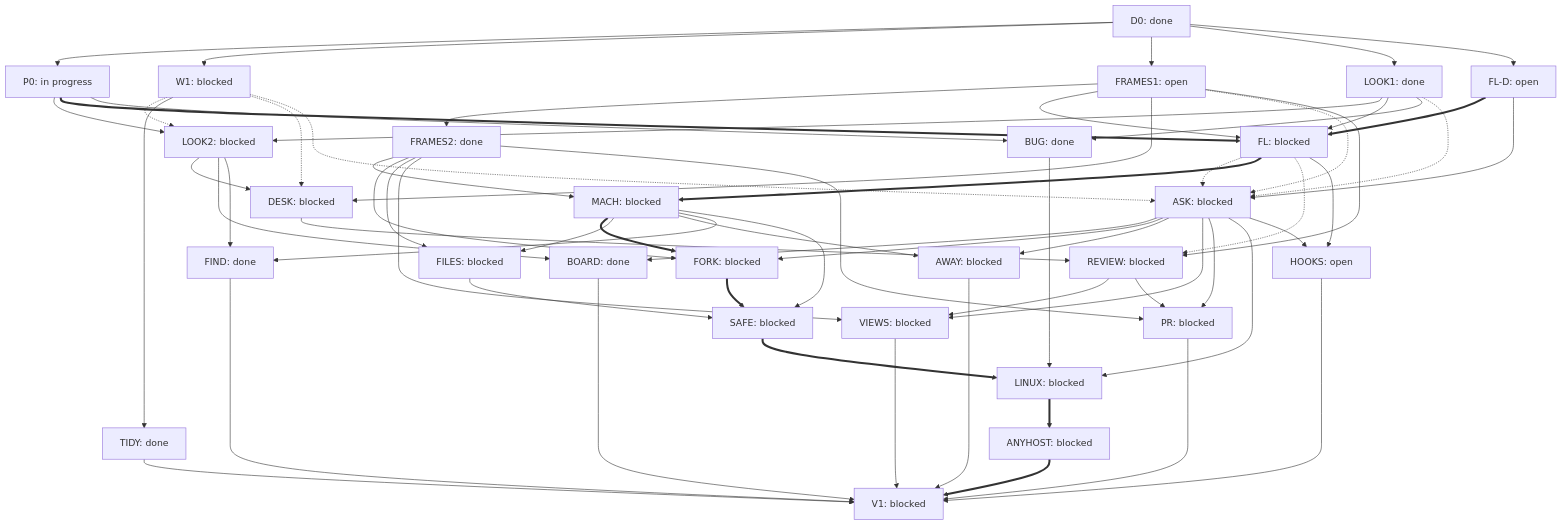
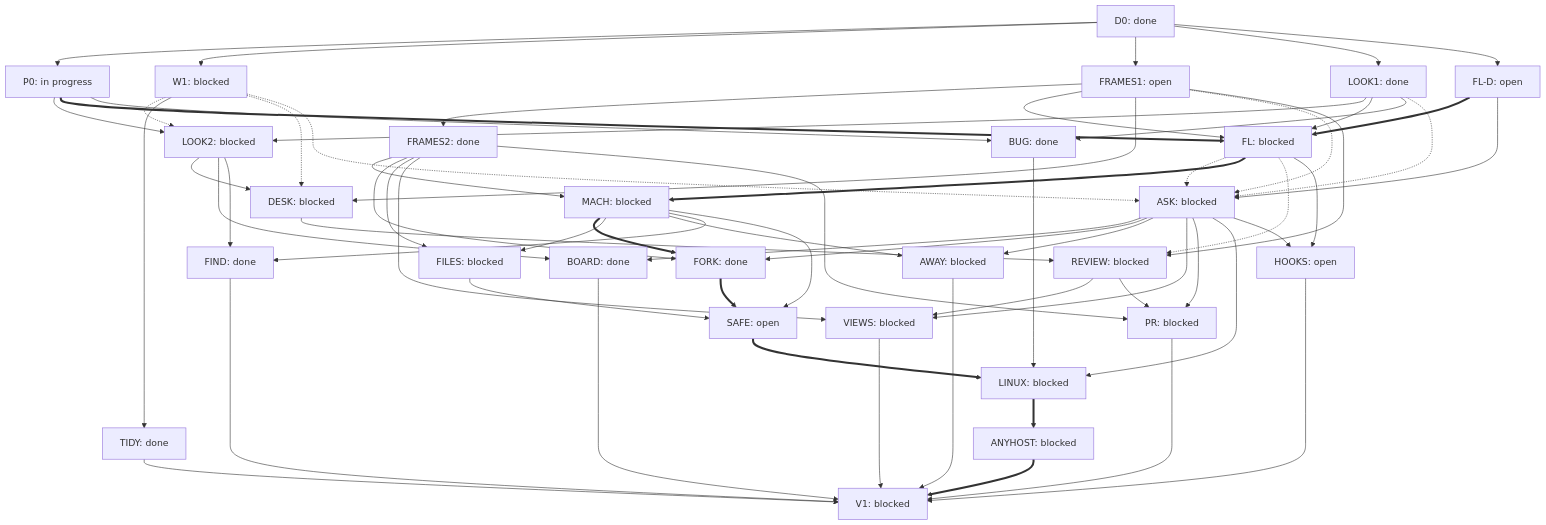
Before and after one commit to uhvesta/atmosphere: the diagram in apps/humata2/workflow/DAG.md, drawn with Mermaid. The commit also changed other lines of this file and 3 other files, not shown here.

Commit message:
Humata 2: FORK closes (fork, move, archive and rebuild a session); SAFE opens

```diff
--- a/apps/humata2/workflow/DAG.md
+++ b/apps/humata2/workflow/DAG.md
@@ -112,14 +112,14 @@
   MACH["MACH: blocked"]
   REVIEW["REVIEW: blocked"]
   BOARD["BOARD: done"]
-  FORK["FORK: blocked"]
+  FORK["FORK: done"]
   FILES["FILES: blocked"]
   AWAY["AWAY: blocked"]
   HOOKS["HOOKS: open"]
   FIND["FIND: done"]
   VIEWS["VIEWS: blocked"]
   PR["PR: blocked"]
-  SAFE["SAFE: blocked"]
+  SAFE["SAFE: open"]
   LINUX["LINUX: blocked"]
   ANYHOST["ANYHOST: blocked"]
   V1["V1: blocked"]
```
